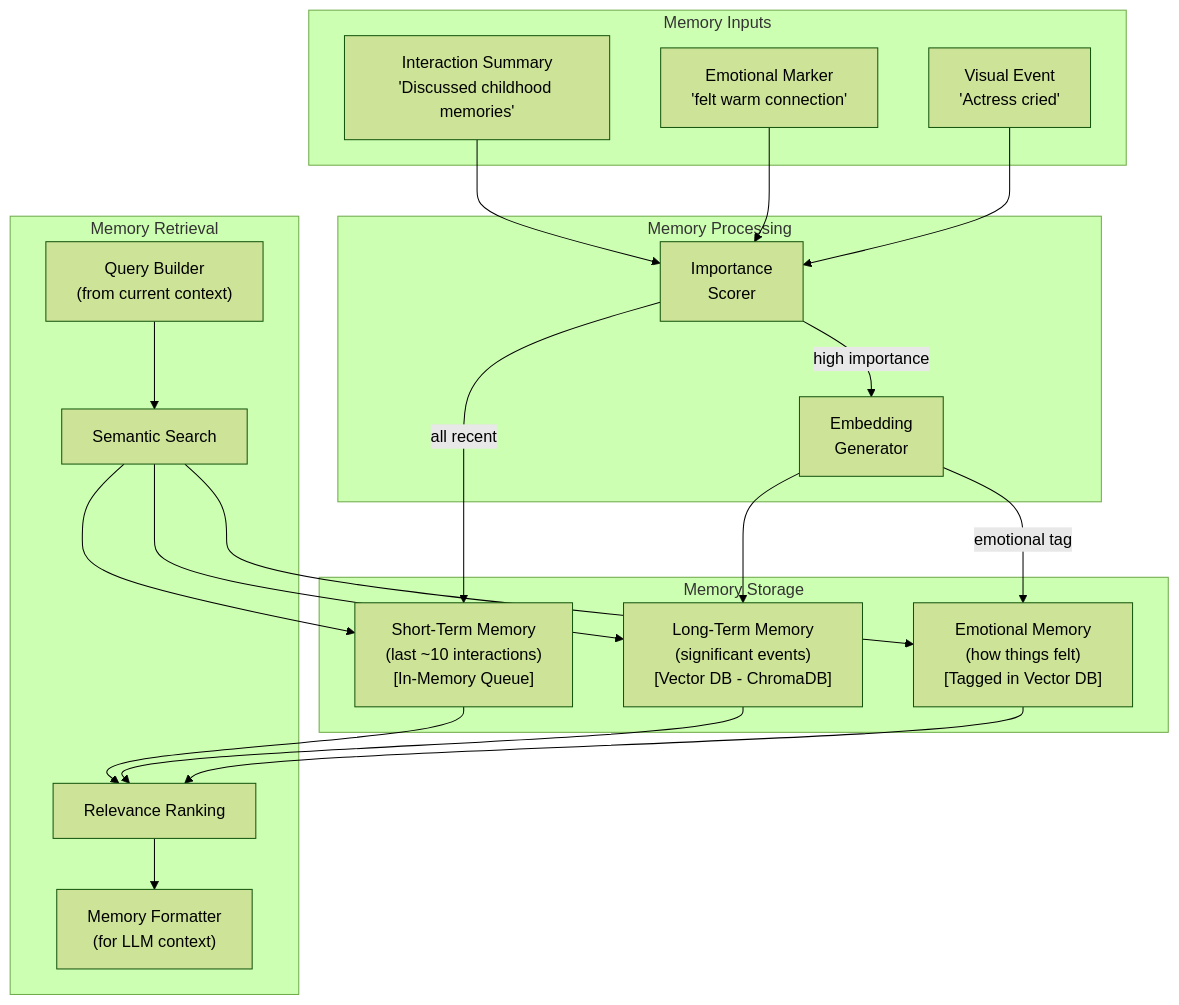
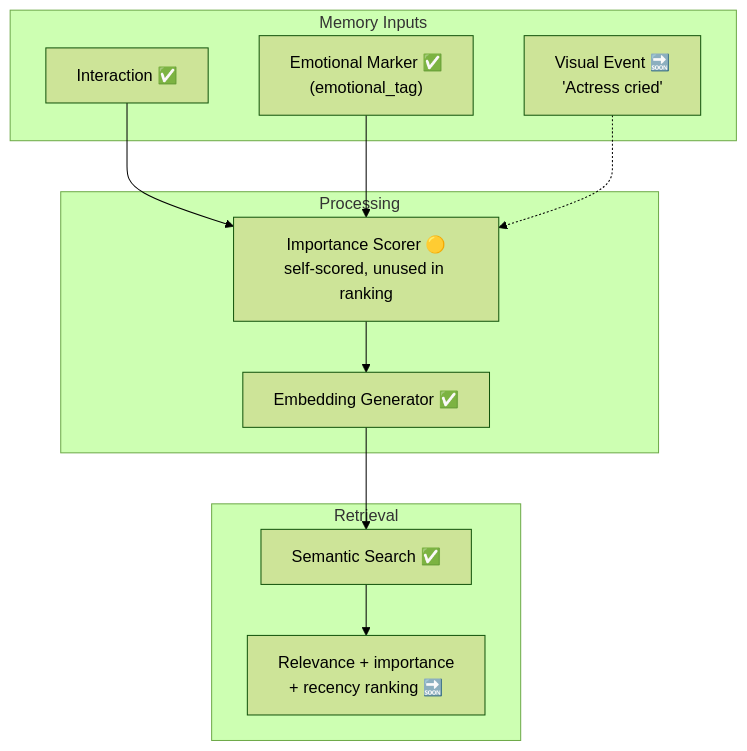
One commit to sgl-a/Indira changed the sixth of 10 diagrams in ARCHITECTURE.md. Above: the diagram before and after it, drawn with Mermaid (forest theme). The commit also changed other lines of this file and 10 other files, not shown here.

Commit message:
Updated Architecture and Tech Stack. Updated Readme for accurate installation

````diff
--- a/ARCHITECTURE.md
+++ b/ARCHITECTURE.md
@@ -307,44 +384,23 @@
 ```mermaid
 flowchart TB
-    subgraph MEMORY_INPUT ["Memory Inputs"]
-        INTERACTION["Interaction Summary\n'Discussed childhood memories'"]
-        EMOTIONAL["Emotional Marker\n'felt warm connection'"]
-        VISUAL["Visual Event\n'Actress cried'"]
+    subgraph INPUTS ["Memory Inputs"]
+        INTERACTION["Interaction ✅"]
+        EMOTIONAL["Emotional Marker ✅\n(emotional_tag)"]
+        VISUAL["Visual Event 🔜\n'Actress cried'"]
     end
 
-    subgraph PROCESSING ["Memory Processing"]
-        IMPORTANCE["Importance\nScorer"]
-        EMBED["Embedding\nGenerator"]
+    subgraph PROCESSING ["Processing"]
+        IMPORTANCE["Importance Scorer 🟡\nself-scored, unused in ranking"]
+        EMBED["Embedding Generator ✅"]
     end
 
-    subgraph STORAGE ["Memory Storage"]
-        SHORT["Short-Term Memory\n(last ~10 interactions)\n[In-Memory Queue]"]
-        LONG["Long-Term Memory\n(significant events)\n[Vector DB - ChromaDB]"]
-        EMOTIONAL_MEM["Emotional Memory\n(how things felt)\n[Tagged in Vector DB]"]
-    end
-
-    subgraph RETRIEVAL ["Memory Retrieval"]
-        QUERY["Query Builder\n(from current context)"]
-        SEARCH["Semantic Search"]
-        RANK["Relevance Ranking"]
-        FORMAT["Memory Formatter\n(for LLM context)"]
+    subgraph RETRIEVAL ["Retrieval"]
+        SEARCH["Semantic Search ✅"]
+        RANK["Relevance + importance\n+ recency ranking 🔜"]
     end
 
     INTERACTION --> IMPORTANCE
     EMOTIONAL --> IMPORTANCE
-    VISUAL --> IMPORTANCE
-    
-    IMPORTANCE -->|"high importance"| EMBED
-    IMPORTANCE -->|"all recent"| SHORT
-    EMBED --> LONG
-    EMBED -->|"emotional tag"| EMOTIONAL_MEM
-
-    QUERY --> SEARCH
-    SEARCH --> SHORT
-    SEARCH --> LONG
-    SEARCH --> EMOTIONAL_MEM
-    SHORT --> RANK
-    LONG --> RANK
-    EMOTIONAL_MEM --> RANK
-    RANK --> FORMAT
+    VISUAL -.-> IMPORTANCE
+    IMPORTANCE --> EMBED --> SEARCH --> RANK
 ```
````
